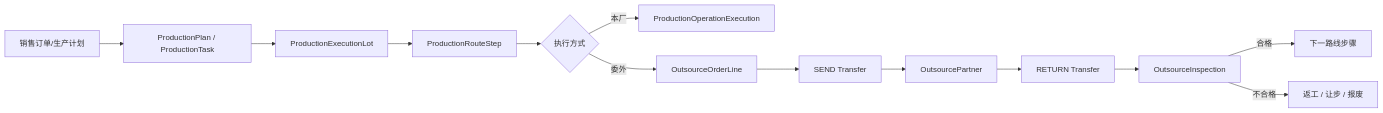
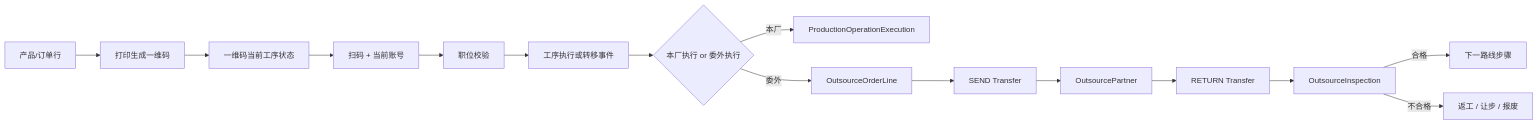
Before and after one commit to tanzanite2025/erp-mes-crm-plm: the diagram in docs/architecture/生产委外执行链路设计.md, drawn with Mermaid. The commit also changed other lines of this file and 89 other files, not shown here.

````diff
--- a/docs/architecture/生产委外执行链路设计.md
+++ b/docs/architecture/生产委外执行链路设计.md
@@ -251,15 +306,17 @@
 ```mermaid
 flowchart LR
-  A["销售订单/生产计划"] --> B["ProductionPlan / ProductionTask"]
-  B --> C["ProductionExecutionLot"]
-  C --> D["ProductionRouteStep"]
-  D --> E{"执行方式"}
-  E -->|本厂| F["ProductionOperationExecution"]
-  E -->|委外| G["OutsourceOrderLine"]
-  G --> H["SEND Transfer"]
-  H --> I["OutsourcePartner"]
-  I --> J["RETURN Transfer"]
-  J --> K["OutsourceInspection"]
-  K -->|合格| L["下一路线步骤"]
-  K -->|不合格| M["返工 / 让步 / 报废"]
+  A["产品/订单行"] --> B["打印生成一维码"]
+  B --> C["一维码当前工序状态"]
+  C --> D["扫码 + 当前账号"]
+  D --> E["职位校验"]
+  E --> F["工序执行或转移事件"]
+  F --> G{"本厂执行 or 委外执行"}
+  G -->|本厂| H["ProductionOperationExecution"]
+  G -->|委外| I["OutsourceOrderLine"]
+  I --> J["SEND Transfer"]
+  J --> K["OutsourcePartner"]
+  K --> L["RETURN Transfer"]
+  L --> M["OutsourceInspection"]
+  M -->|合格| N["下一路线步骤"]
+  M -->|不合格| O["返工 / 让步 / 报废"]
 ```
````
